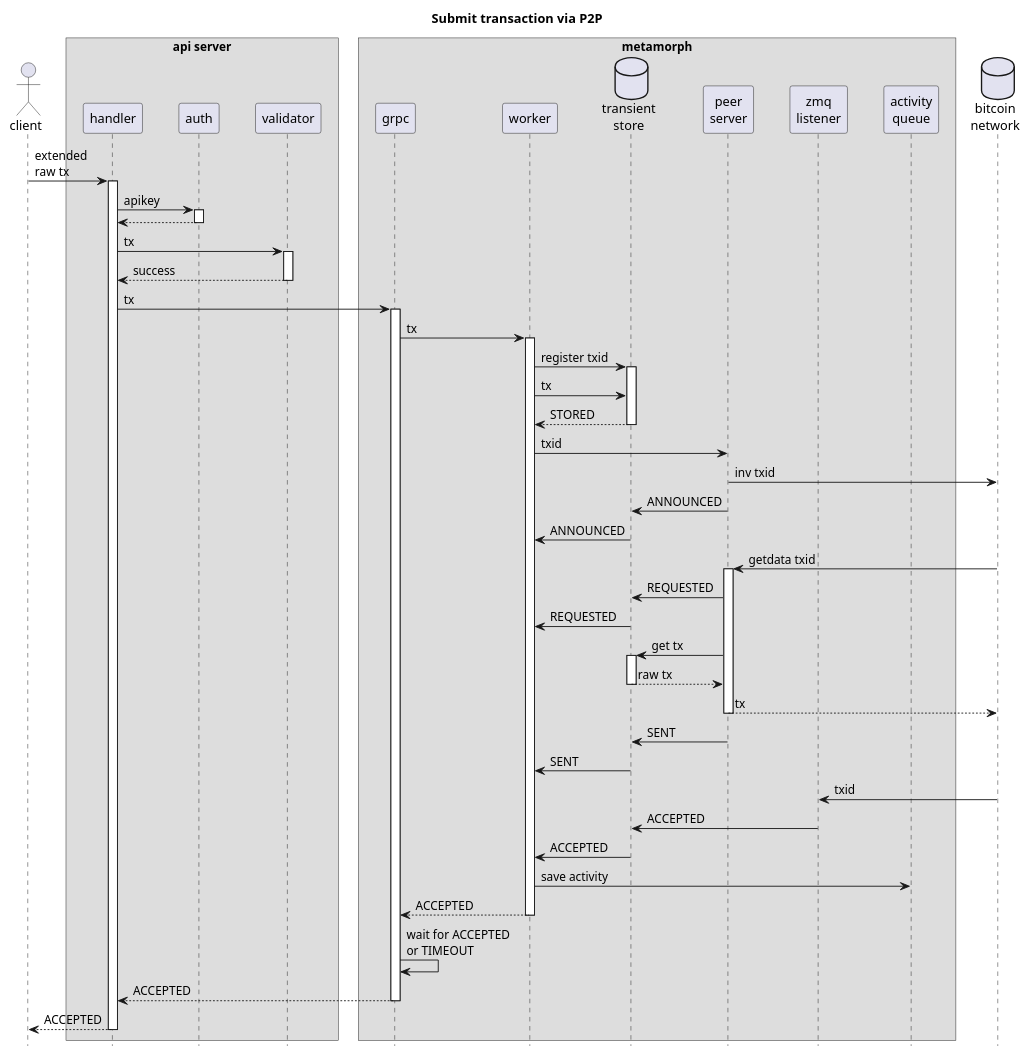
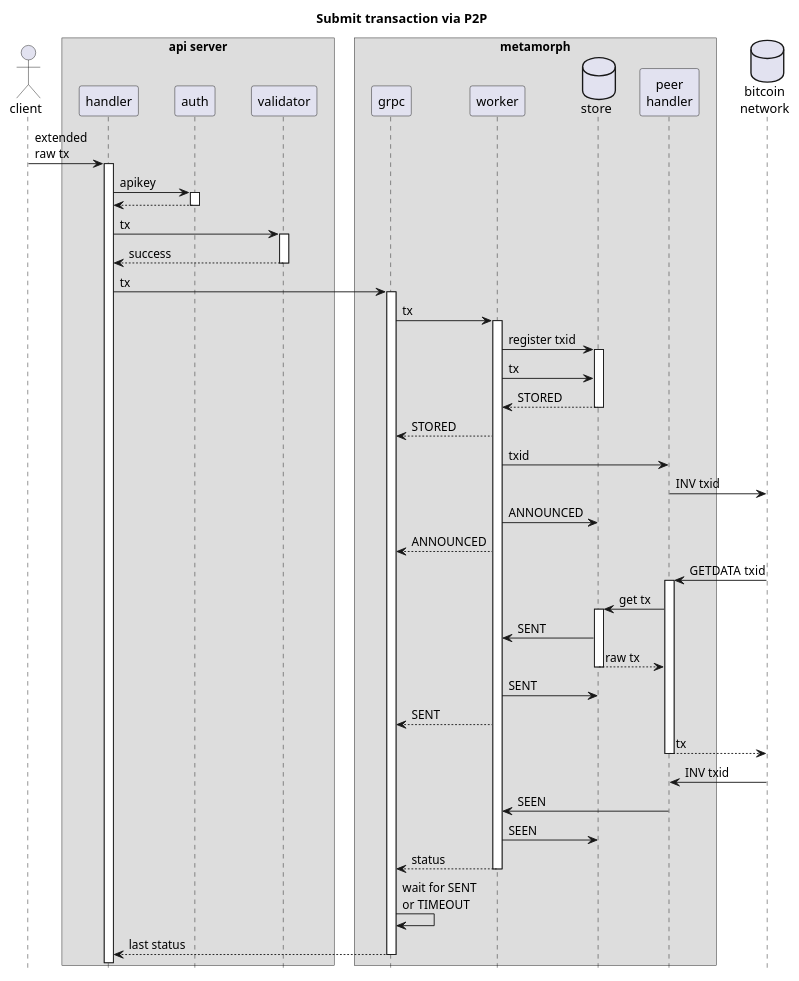
One commit to bitcoin-sv/arc changed the first of 2 diagrams in doc/README.md. Above: the diagram before and after it, drawn with PlantUML. The commit also changed other lines of this file and 3 other files, not shown here.

````diff
--- a/doc/README.md
+++ b/doc/README.md
@@ -18,78 +84,60 @@
 actor "client" as tx
 
 box api server
-participant handler
-participant auth
-participant validator
+    participant handler
+    participant auth
+    participant validator
 end box
 
 box metamorph
-participant grpc
-participant worker
-database "transient\nstore" as store
-participant "peer\nserver" as peer
-participant "zmq\nlistener" as zmq
-participant "activity\nqueue" as aqueue
+    participant grpc
+    participant worker
+    database store
+    participant "peer\nhandler" as peer
 end box
 
 database "bitcoin\nnetwork" as bsv
-
 
 title Submit transaction via P2P
 
 tx -> handler ++: extended\nraw tx
 
-handler -> auth ++: apikey
-return
+    handler -> auth ++: apikey
+    return
+    
+    handler -> validator ++: tx
+    return success
+    
+    handler -> grpc ++: tx
+        grpc -> worker ++: tx
+            worker -> store++: register txid
+            worker -> store: tx
+        return STORED
+        worker --> grpc: STORED
+    
+        worker -> peer: txid
+        peer -> bsv: INV txid
+        worker -> store: ANNOUNCED
+        worker --> grpc: ANNOUNCED
+    
+        bsv -> peer++: GETDATA txid
+            peer -> store ++ : get tx
+                store -> worker : SENT
+            return raw tx
+            
+            worker -> store: SENT  
+            worker --> grpc: SENT
+        return tx
+    
+        bsv -> peer: INV txid
+        peer -> worker: SEEN
+        worker -> store: SEEN
+    
+    return status
 
-handler -> validator ++: tx
-return success
+    grpc -> grpc: wait for SENT\nor TIMEOUT    
 
-handler -> grpc ++: tx
-
-    grpc -> worker ++: tx
-      worker -> store++: register txid
-      worker -> store: tx
-    return STORED
-
-    worker -> peer: txid
-
-    peer -> bsv: inv txid
-    peer -> store: ANNOUNCED
-
-    store -> worker: ANNOUNCED
-
-
-    bsv -> peer++: getdata txid
-      peer -> store: REQUESTED
-      store -> worker: REQUESTED
-      peer -> store ++ : get tx
-      return raw tx
-      
-    return tx
-      
-    peer -> store: SENT
-    
-    store -> worker: SENT
-
-
-  
-    bsv -> zmq: txid
-    zmq -> store: ACCEPTED
-
-    store -> worker: ACCEPTED
-
-    worker -> aqueue: save activity
-    return ACCEPTED
-
-
-grpc -> grpc: wait for ACCEPTED\nor TIMEOUT
-
-return ACCEPTED
-
-
-
-return ACCEPTED
+return last status
 
 @enduml
 ```
````
